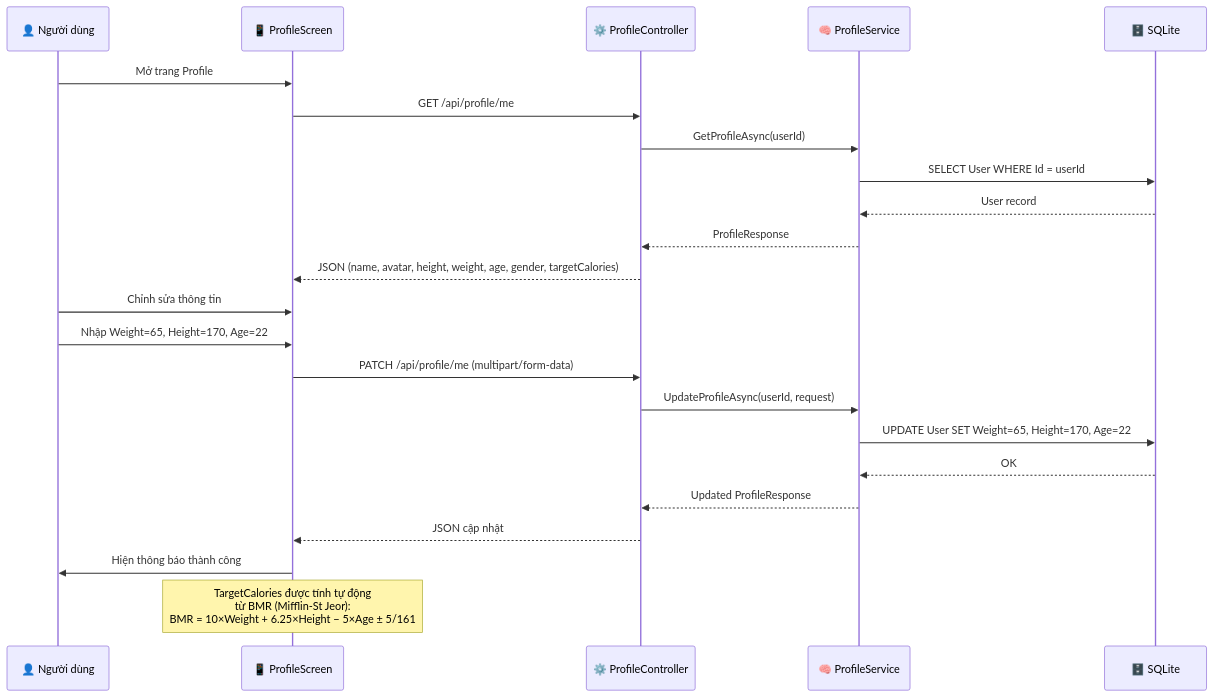
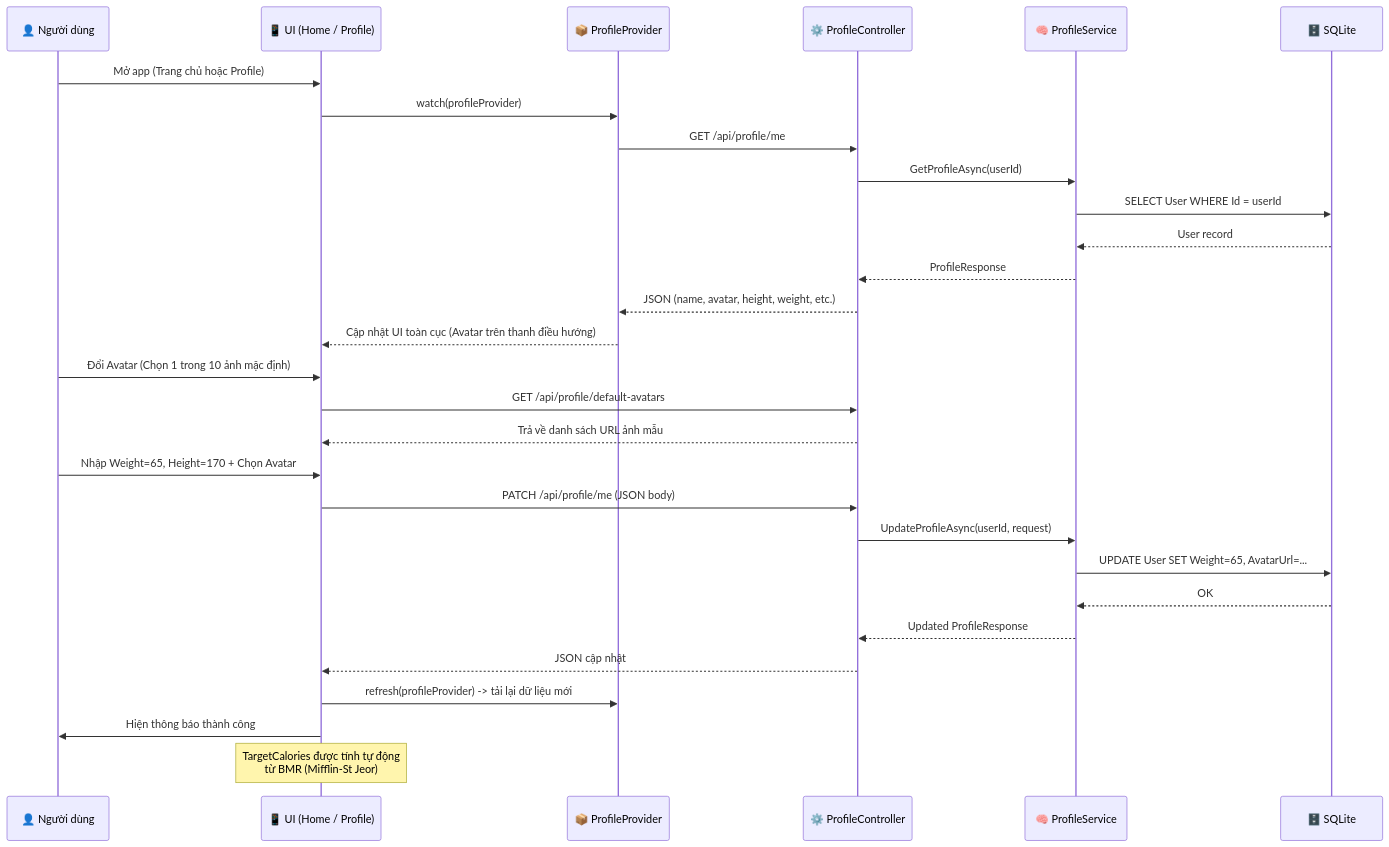
One commit to trangkhanh-ai/Calories-Tracking-App changed the eighth of 9 diagrams in docs/SYSTEM_ARCHITECTURE.md. Above: the diagram before and after it, drawn with Mermaid. The commit also changed other lines of this file, not shown here.

Commit message:
docs: update system architecture with new profile and avatar global state flow

````diff
--- a/docs/SYSTEM_ARCHITECTURE.md
+++ b/docs/SYSTEM_ARCHITECTURE.md
@@ -285,28 +285,35 @@
 ```mermaid
 sequenceDiagram
     participant U as 👤 Người dùng
-    participant F as 📱 ProfileScreen
+    participant F as 📱 UI (Home / Profile)
+    participant P as 📦 ProfileProvider
     participant A as ⚙️ ProfileController
     participant SVC as 🧠 ProfileService
     participant DB as 🗄️ SQLite
 
-    U->>F: Mở trang Profile
-    F->>A: GET /api/profile/me
+    U->>F: Mở app (Trang chủ hoặc Profile)
+    F->>P: watch(profileProvider)
+    P->>A: GET /api/profile/me
     A->>SVC: GetProfileAsync(userId)
     SVC->>DB: SELECT User WHERE Id = userId
     DB-->>SVC: User record
     SVC-->>A: ProfileResponse
-    A-->>F: JSON (name, avatar, height, weight, age, gender, targetCalories)
+    A-->>P: JSON (name, avatar, height, weight, etc.)
+    P-->>F: Cập nhật UI toàn cục (Avatar trên thanh điều hướng)
 
-    U->>F: Chỉnh sửa thông tin
-    U->>F: Nhập Weight=65, Height=170, Age=22
-    F->>A: PATCH /api/profile/me (multipart/form-data)
+    U->>F: Đổi Avatar (Chọn 1 trong 10 ảnh mặc định)
+    F->>A: GET /api/profile/default-avatars
+    A-->>F: Trả về danh sách URL ảnh mẫu
+    
+    U->>F: Nhập Weight=65, Height=170 + Chọn Avatar
+    F->>A: PATCH /api/profile/me (JSON body)
     A->>SVC: UpdateProfileAsync(userId, request)
-    SVC->>DB: UPDATE User SET Weight=65, Height=170, Age=22
+    SVC->>DB: UPDATE User SET Weight=65, AvatarUrl=...
     DB-->>SVC: OK
     SVC-->>A: Updated ProfileResponse
     A-->>F: JSON cập nhật
+    F->>P: refresh(profileProvider) -> tải lại dữ liệu mới
     F->>U: Hiện thông báo thành công
 
-    Note over F: TargetCalories được tính tự động<br/>từ BMR (Mifflin-St Jeor):<br/>BMR = 10×Weight + 6.25×Height − 5×Age ± 5/161
+    Note over F: TargetCalories được tính tự động<br/>từ BMR (Mifflin-St Jeor)
 ```
````
